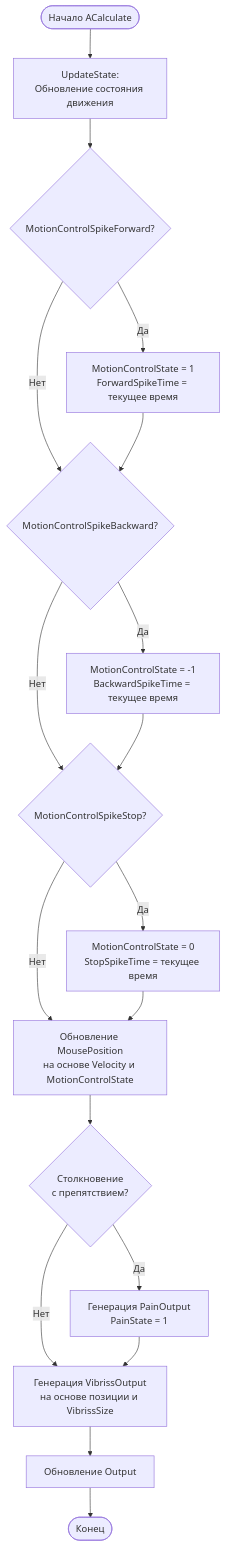
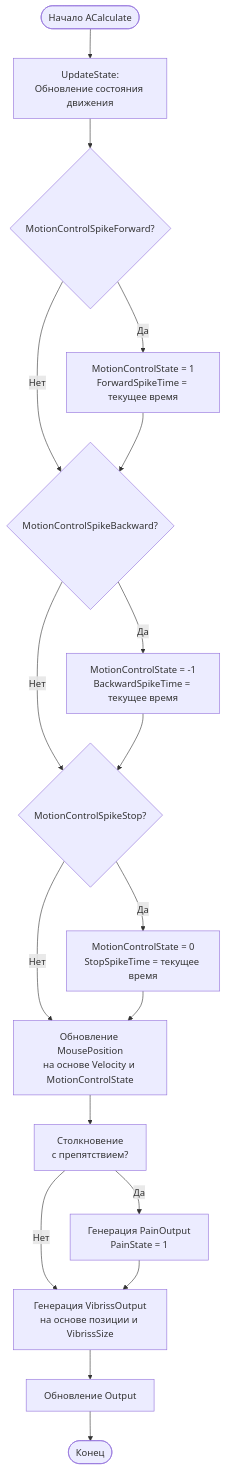
Before and after one commit to aicommunity/Nmsdk-MotionControlLib: the fourth of 5 diagrams in Docs/Components/NNavMousePrimitive.md, drawn with Mermaid. The commit also changed other lines of this file and 39 other files, not shown here.

First line of the commit message:
docs(motion): normalize mermaid node ids with quoted labels

````diff
--- a/Docs/Components/NNavMousePrimitive.md
+++ b/Docs/Components/NNavMousePrimitive.md
@@ -112,20 +112,20 @@
 ```mermaid
 flowchart TD
-    Start([Начало ACalculate]) --> UpdateState[UpdateState:<br/>Обновление состояния движения]
+    Start([Начало ACalculate]) --> UpdateState["UpdateState:<br/>Обновление состояния движения"]
     UpdateState --> CheckForward{MotionControlSpikeForward?}
-    CheckForward -->|Да| SetForward[MotionControlState = 1<br/>ForwardSpikeTime = текущее время]
+    CheckForward -->|Да| SetForward["MotionControlState = 1<br/>ForwardSpikeTime = текущее время"]
     CheckForward -->|Нет| CheckBackward
     SetForward --> CheckBackward{MotionControlSpikeBackward?}
-    CheckBackward -->|Да| SetBackward[MotionControlState = -1<br/>BackwardSpikeTime = текущее время]
+    CheckBackward -->|Да| SetBackward["MotionControlState = -1<br/>BackwardSpikeTime = текущее время"]
     CheckBackward -->|Нет| CheckStop
     SetBackward --> CheckStop{MotionControlSpikeStop?}
-    CheckStop -->|Да| SetStop[MotionControlState = 0<br/>StopSpikeTime = текущее время]
+    CheckStop -->|Да| SetStop["MotionControlState = 0<br/>StopSpikeTime = текущее время"]
     CheckStop -->|Нет| UpdatePosition
-    SetStop --> UpdatePosition[Обновление MousePosition<br/>на основе Velocity и MotionControlState]
-    UpdatePosition --> CheckCollision{Столкновение<br/>с препятствием?}
-    CheckCollision -->|Да| GeneratePain[Генерация PainOutput<br/>PainState = 1]
-    CheckCollision -->|Нет| GenerateVibriss[Генерация VibrissOutput<br/>на основе позиции и VibrissSize]
+    SetStop --> UpdatePosition["Обновление MousePosition<br/>на основе Velocity и MotionControlState"]
+    UpdatePosition --> CheckCollision["Столкновение<br/>с препятствием?"]
+    CheckCollision -->|Да| GeneratePain["Генерация PainOutput<br/>PainState = 1"]
+    CheckCollision -->|Нет| GenerateVibriss["Генерация VibrissOutput<br/>на основе позиции и VibrissSize"]
     GeneratePain --> GenerateVibriss
     GenerateVibriss --> UpdateOutput[Обновление Output]
     UpdateOutput --> End([Конец])
 ```
````
